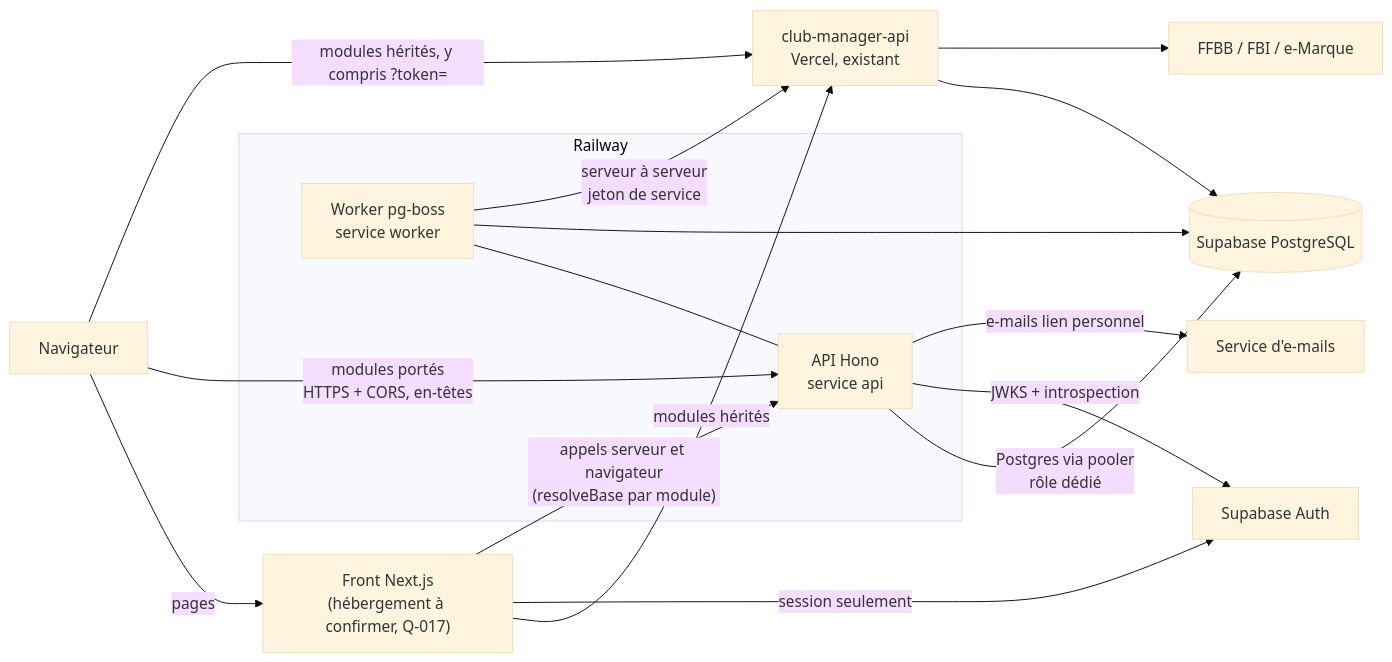
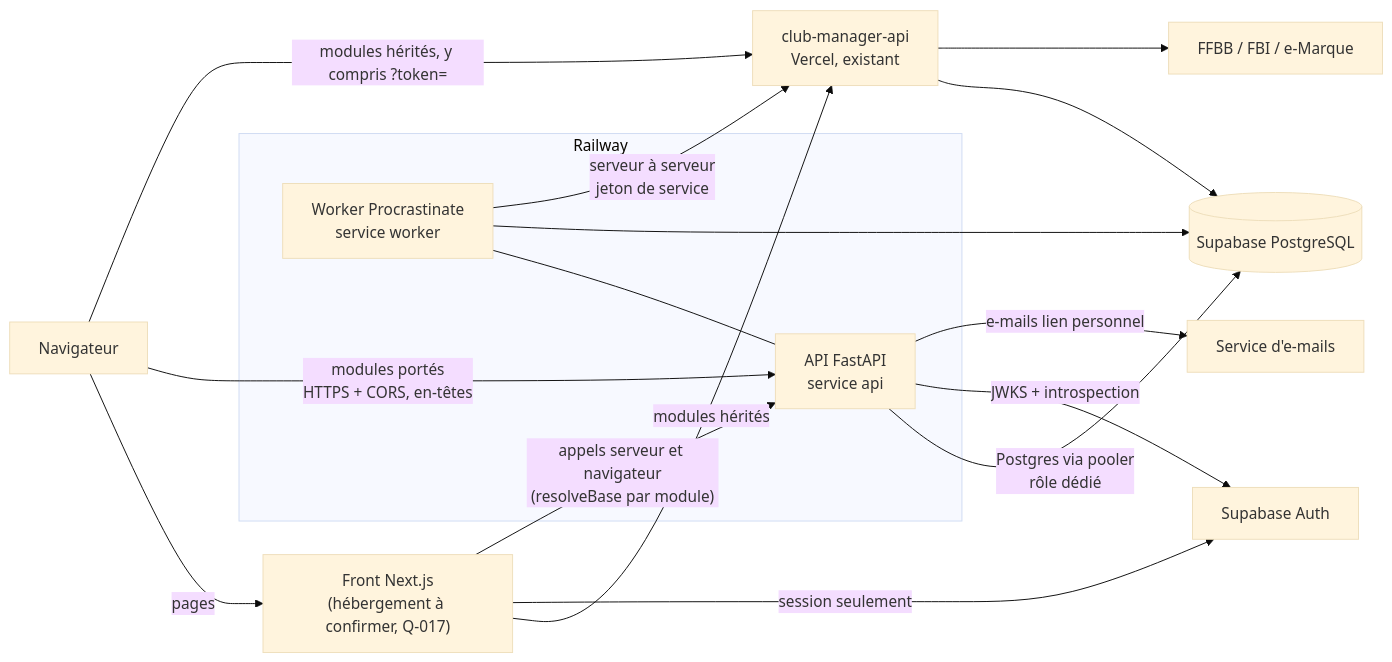
Before and after one commit to anisfut1/SCSB: the first of 6 diagrams in docs/migration/05-architecture-cible.md, drawn with Mermaid (base theme). The commit also changed other lines of this file and 7 other files, not shown here.

Commit message:
docs(adr): passage du back à Python/FastAPI

````diff
--- a/docs/migration/05-architecture-cible.md
+++ b/docs/migration/05-architecture-cible.md
@@ -27,21 +27,21 @@
 ```mermaid
 flowchart LR
   U[Navigateur] -->|pages| F["Front Next.js<br/>(hébergement à confirmer, Q-017)"]
   F -->|"appels serveur et navigateur<br/>(resolveBase par module)"| A
   U -->|"modules portés<br/>HTTPS + CORS, en-têtes"| A
   U -->|"modules hérités, y compris ?token="| L
   F -->|modules hérités| L
   subgraph Railway
-    A["API Hono<br/>service api"]
-    W["Worker pg-boss<br/>service worker"] --- A
+    A["API FastAPI<br/>service api"]
+    W["Worker Procrastinate<br/>service worker"] --- A
   end
   L["club-manager-api<br/>Vercel, existant"]
   A -->|"Postgres via pooler<br/>rôle dédié"| DB[(Supabase PostgreSQL)]
   W --> DB
   L --> DB
   F -->|"session seulement"| AUTH[Supabase Auth]
   A -->|"JWKS + introspection"| AUTH
   W -->|"serveur à serveur<br/>jeton de service"| L
   L --> EXT["FFBB / FBI / e-Marque"]
   A -->|e-mails lien personnel| MAIL[Service d'e-mails]
 ```
````
